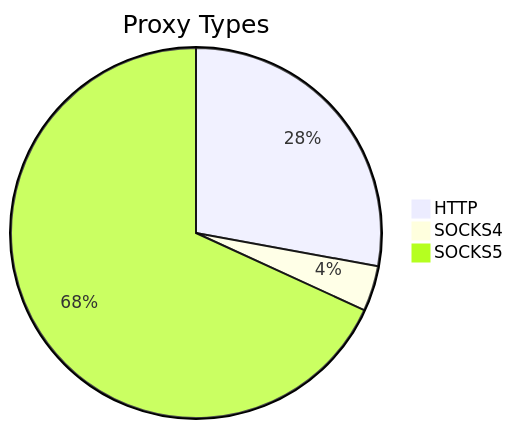
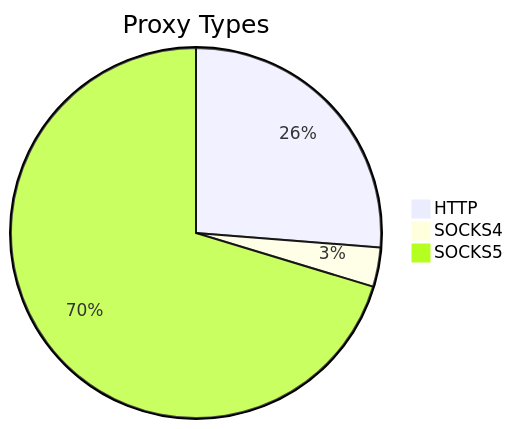
Before and after one commit to stormsia/proxy-list: the first of 2 diagrams in README.md, drawn with Mermaid. The commit also changed other lines of this file, not shown here.

````diff
--- a/README.md
+++ b/README.md
@@ -21,6 +21,6 @@
 ```mermaid
 pie title Proxy Types
-    "HTTP" : 499
-    "SOCKS4" : 71
-    "SOCKS5" : 1220
+    "HTTP" : 621
+    "SOCKS4" : 81
+    "SOCKS5" : 1663
 ```
````
